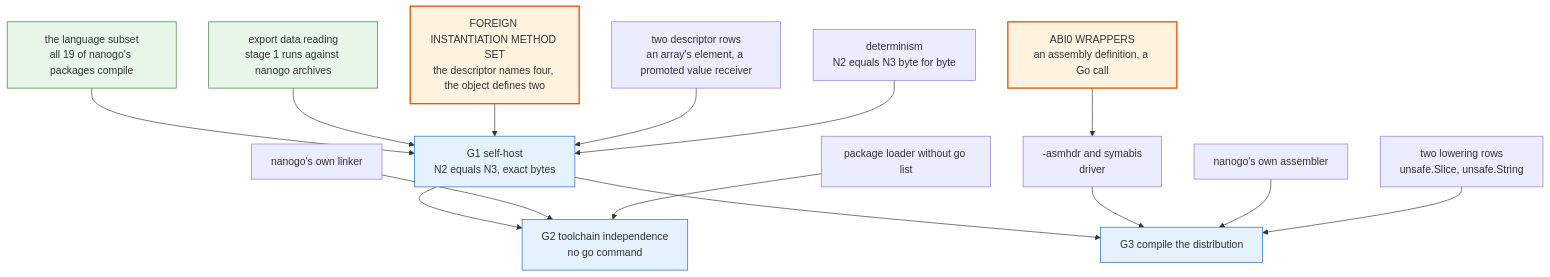
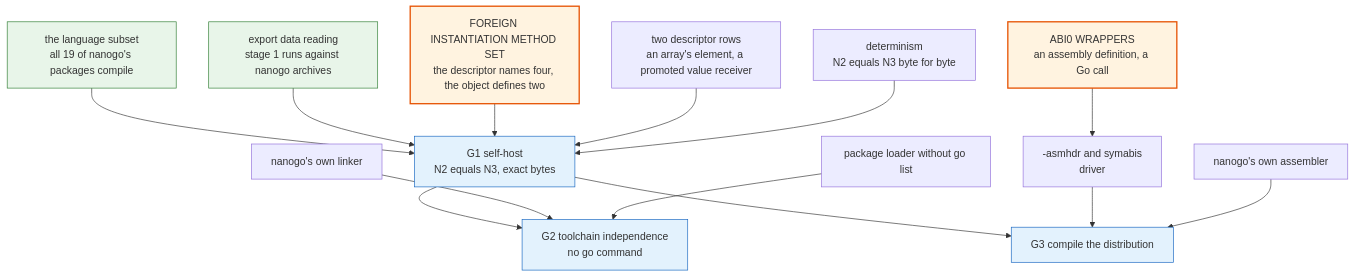
Before and after one commit to golang-design/nanogo: the diagram in specs/005-remaining-work.md, drawn with Mermaid. The commit also changed other lines of this file and 7 other files, not shown here.

````diff
--- a/specs/005-remaining-work.md
+++ b/specs/005-remaining-work.md
@@ -64,41 +64,39 @@
 ```mermaid
 graph TD
   classDef done fill:#e8f5e9,stroke:#2e7d32
   classDef key fill:#fff3e0,stroke:#e65100,stroke-width:2px
   classDef gate fill:#e3f2fd,stroke:#1565c0
 
   LANG["the language subset<br/>all 19 of nanogo's packages compile"]:::done
   READ["export data reading<br/>stage 1 runs against nanogo archives"]:::done
 
   MSET["FOREIGN INSTANTIATION METHOD SET<br/>the descriptor names four, the object defines two"]:::key
   DESC["two descriptor rows<br/>an array's element, a promoted value receiver"]
   DET["determinism<br/>N2 equals N3 byte for byte"]
 
   ASM["ABI0 WRAPPERS<br/>an assembly definition, a Go call"]:::key
   HDR["-asmhdr and symabis<br/>driver"]
   ASSEM["nanogo's own assembler"]
-  LOWER["two lowering rows<br/>unsafe.Slice, unsafe.String"]
 
   LINK["nanogo's own linker"]
   LOAD["package loader without go list"]
 
   G1["G1 self-host<br/>N2 equals N3, exact bytes"]:::gate
   G2["G2 toolchain independence<br/>no go command"]:::gate
   G3["G3 compile the distribution"]:::gate
 
   LANG --> G1
   READ --> G1
   MSET --> G1
   DESC --> G1
   DET --> G1
 
   G1 --> G2
   LINK --> G2
   LOAD --> G2
 
   G1 --> G3
   ASM --> HDR
   HDR --> G3
   ASSEM --> G3
-  LOWER --> G3
 ```
````
